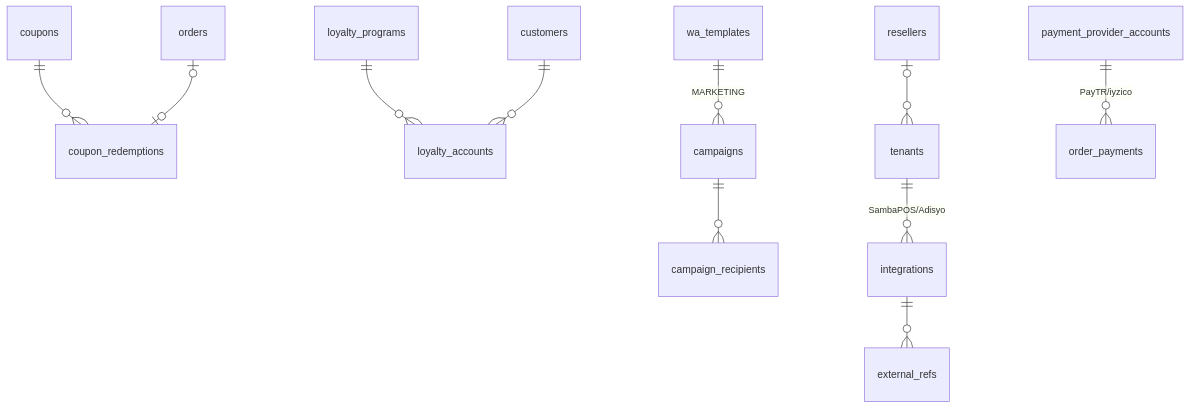
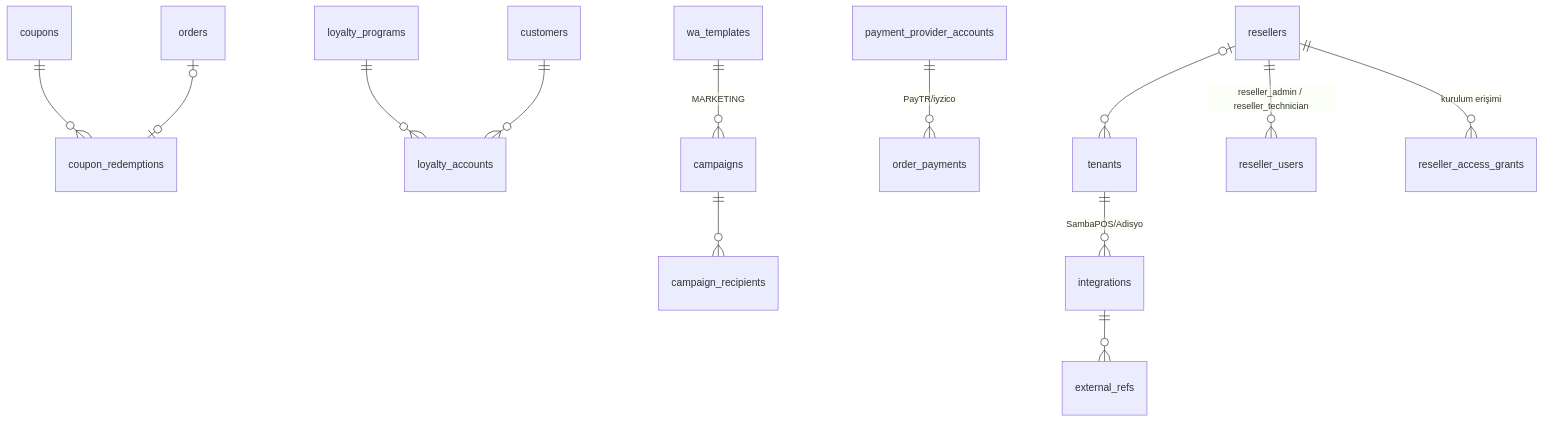
Before and after one commit to eraycaylak/siparisinonunde: the seventh of 10 diagrams in docs/07-veri-modeli-ve-api.md, drawn with Mermaid. The commit also changed other lines of this file and 10 other files, not shown here.

````diff
--- a/docs/07-veri-modeli-ve-api.md
+++ b/docs/07-veri-modeli-ve-api.md
@@ -288,13 +299,15 @@
 ```mermaid
 erDiagram
   coupons ||--o{ coupon_redemptions : ""
   orders |o--o| coupon_redemptions : ""
   loyalty_programs ||--o{ loyalty_accounts : ""
   customers ||--o{ loyalty_accounts : ""
   wa_templates ||--o{ campaigns : "MARKETING"
   campaigns ||--o{ campaign_recipients : ""
   resellers |o--o{ tenants : ""
   tenants ||--o{ integrations : "SambaPOS/Adisyo"
   integrations ||--o{ external_refs : ""
   payment_provider_accounts ||--o{ order_payments : "PayTR/iyzico"
+  resellers ||--o{ reseller_users : "reseller_admin / reseller_technician"
+  resellers ||--o{ reseller_access_grants : "kurulum erişimi"
 ```
````
